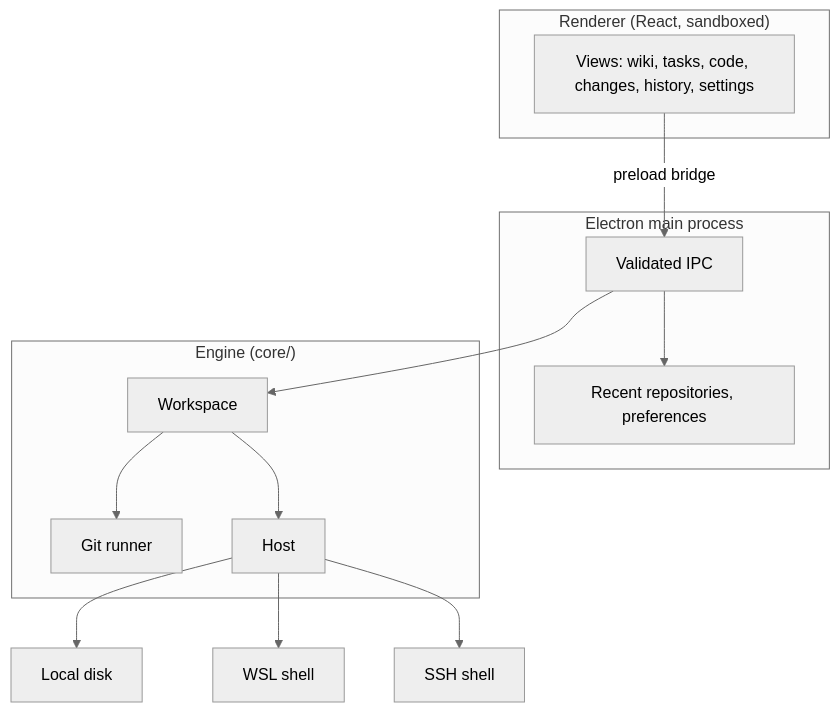
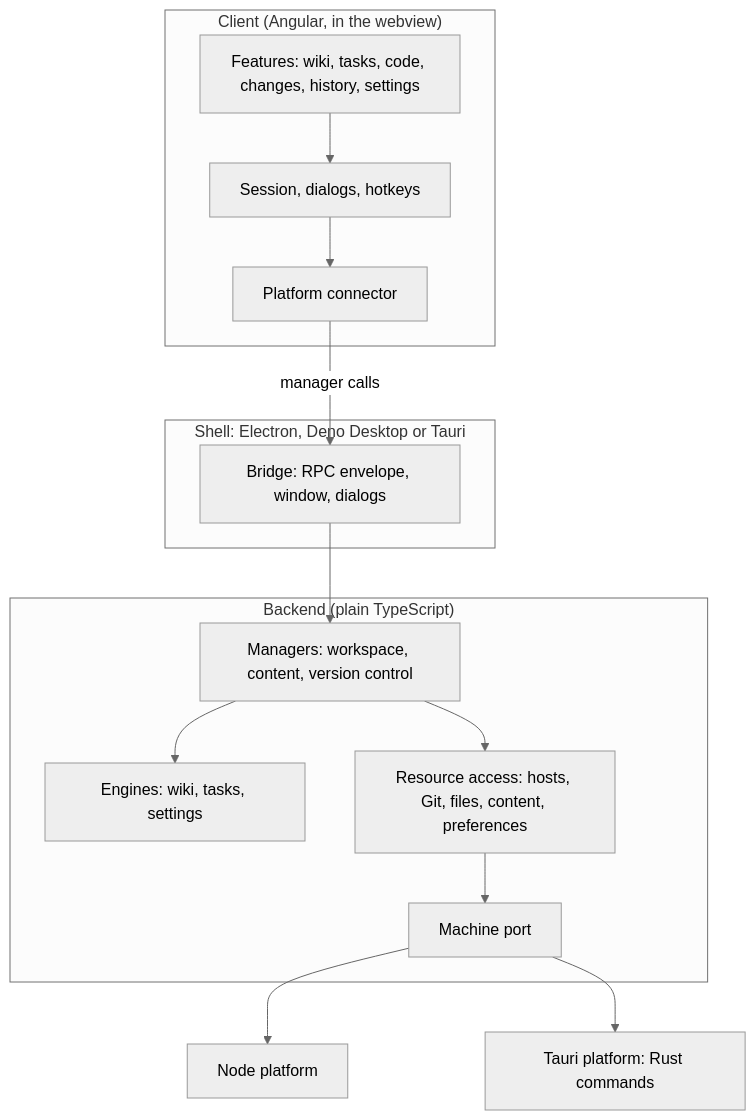
One commit to genbeya/genbeya changed the diagram in docs/Architecture.md. Above: the diagram before and after it, drawn with Mermaid (neutral theme). The commit also changed other lines of this file and 12 other files, not shown here.

First line of the commit message:
Document the Angular architecture and runtime comparison; run tests in CI

````diff
--- a/docs/Architecture.md
+++ b/docs/Architecture.md
@@ -5,18 +5,18 @@
 ```mermaid
 flowchart TB
-  subgraph Renderer["Renderer (React, sandboxed)"]
-    views[Views: wiki, tasks, code, changes, history, settings]
+  subgraph Client["Client (Angular, in the webview)"]
+    views[Features: wiki, tasks, code, changes, history, settings] --> core[Session, dialogs, hotkeys]
+    core --> connector[Platform connector]
   end
-  subgraph Main["Electron main process"]
-    ipc[Validated IPC] --> state[Recent repositories, preferences]
+  subgraph Shell["Shell: Electron, Deno Desktop or Tauri"]
+    bridge[Bridge: RPC envelope, window, dialogs]
   end
-  subgraph Core["Engine (core/)"]
-    workspace[Workspace] --> git[Git runner]
-    workspace --> host[Host]
+  subgraph Backend["Backend (plain TypeScript)"]
+    managers[Managers: workspace, content, version control] --> engines[Engines: wiki, tasks, settings]
+    managers --> access[Resource access: hosts, Git, files, content, preferences]
+    access --> machine[Machine port]
   end
-  views -- "preload bridge" --> ipc
-  ipc --> workspace
-  host --> local[Local disk]
-  host --> wsl[WSL shell]
-  host --> ssh[SSH shell]
+  connector -- "manager calls" --> bridge --> managers
+  machine --> node[Node platform]
+  machine --> tauri[Tauri platform: Rust commands]
 ```
````
